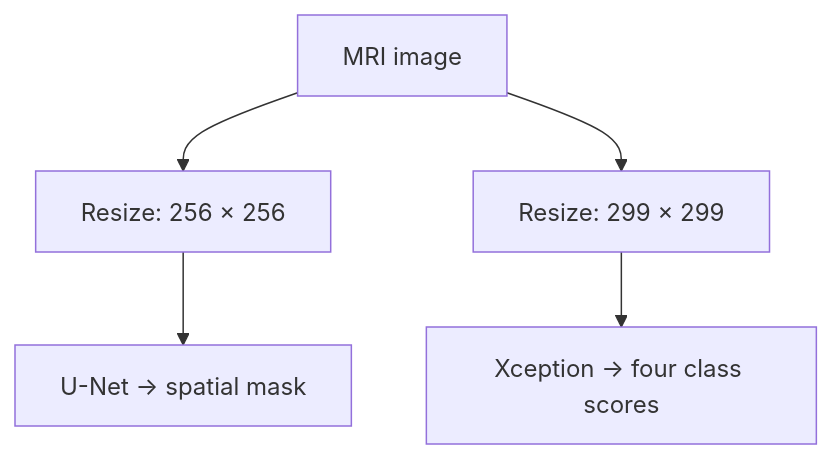
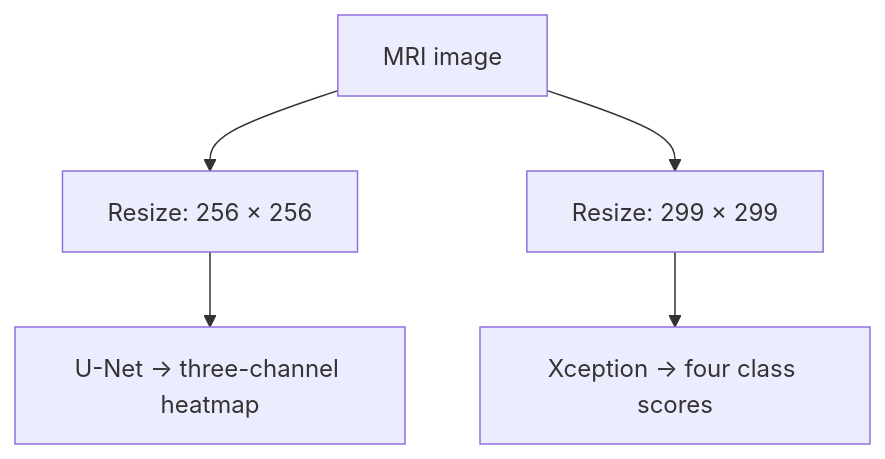
Before and after one commit to rifat-binreza/NeuroVista-MRI: the diagram in README.md, drawn with Mermaid. The commit also changed other lines of this file, not shown here.

Commit message:
Document live checkpoint inference and accurate heatmap interpretation

````diff
--- a/README.md
+++ b/README.md
@@ -53,7 +53,7 @@
 ```mermaid
 flowchart TD
     A["MRI image"] --> B["Resize: 256 × 256"]
     A --> C["Resize: 299 × 299"]
-    B --> D["U-Net → spatial mask"]
+    B --> D["U-Net → three-channel heatmap"]
     C --> E["Xception → four class scores"]
 ```
````
